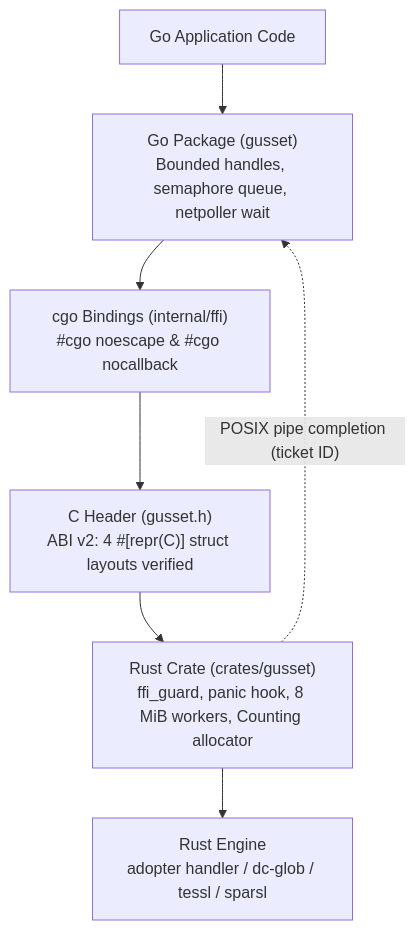
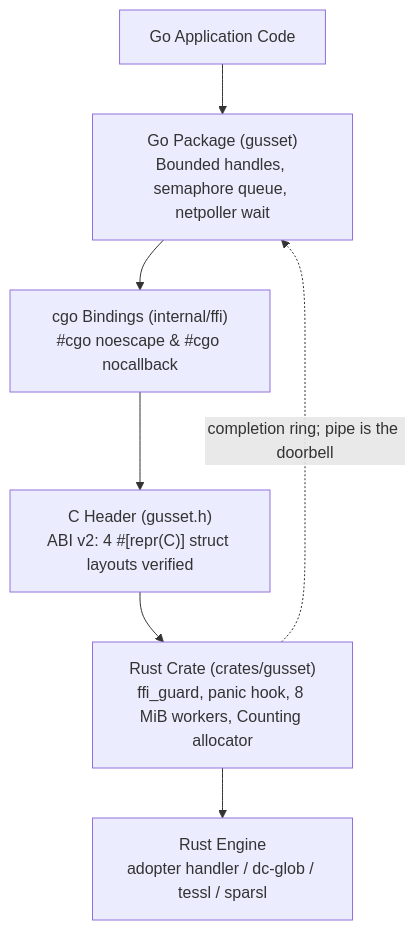
Before and after one commit to bharathvbcr/gusset: the first of 3 diagrams in docs/PLAN.md, drawn with Mermaid. The commit also changed other lines of this file and 9 other files, not shown here.

First line of the commit message:
docs: describe the completion ring and the 17-export ABI protecting I4 and I6

````diff
--- a/docs/PLAN.md
+++ b/docs/PLAN.md
@@ -30,9 +30,9 @@
 ```mermaid
 flowchart TD
     GoApp["Go Application Code"] --> GoPkg["Go Package (gusset)\nBounded handles, semaphore queue, netpoller wait"]
     GoPkg --> CGO["cgo Bindings (internal/ffi)\n#cgo noescape & #cgo nocallback"]
     CGO --> Header["C Header (gusset.h)\nABI v2: 4 #[repr(C)] struct layouts verified"]
     Header --> RustCrate["Rust Crate (crates/gusset)\nffi_guard, panic hook, 8 MiB workers, Counting allocator"]
     RustCrate --> RustEngine["Rust Engine\nadopter handler / dc-glob / tessl / sparsl"]
-    RustCrate -. "POSIX pipe completion (ticket ID)" .-> GoPkg
+    RustCrate -. "completion ring; pipe is the doorbell" .-> GoPkg
 ```
````
